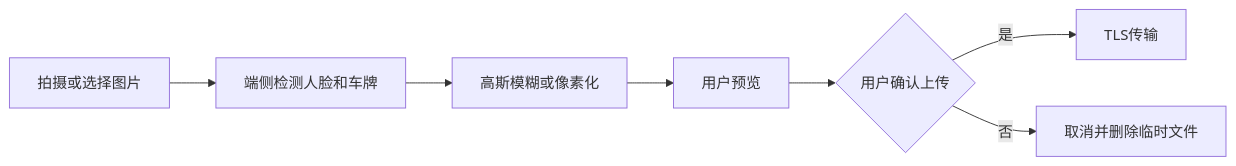
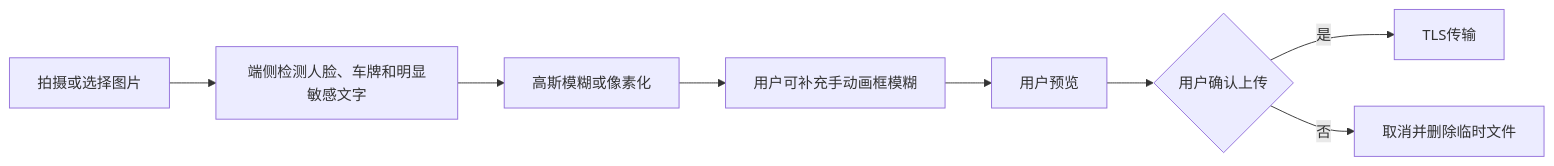
One commit to SakuraCianna/EazyPath changed the eighth of 8 diagrams in 跨平台无障碍出行链自动化Agent中枢需求文档.md. Above: the diagram before and after it, drawn with Mermaid. The commit also changed other lines of this file and 107 other files, not shown here.

````diff
--- a/跨平台无障碍出行链自动化Agent中枢需求文档.md
+++ b/跨平台无障碍出行链自动化Agent中枢需求文档.md
@@ -1243,9 +1643,10 @@
 ```mermaid
 flowchart LR
-    Capture[拍摄或选择图片] --> Detect[端侧检测人脸和车牌]
+    Capture[拍摄或选择图片] --> Detect[端侧检测人脸、车牌和明显敏感文字]
     Detect --> Mask[高斯模糊或像素化]
-    Mask --> Preview[用户预览]
+    Mask --> Manual[用户可补充手动画框模糊]
+    Manual --> Preview[用户预览]
     Preview --> Confirm{用户确认上传}
     Confirm -- 是 --> Encrypt[TLS传输]
     Confirm -- 否 --> Delete[取消并删除临时文件]
 ```
````
